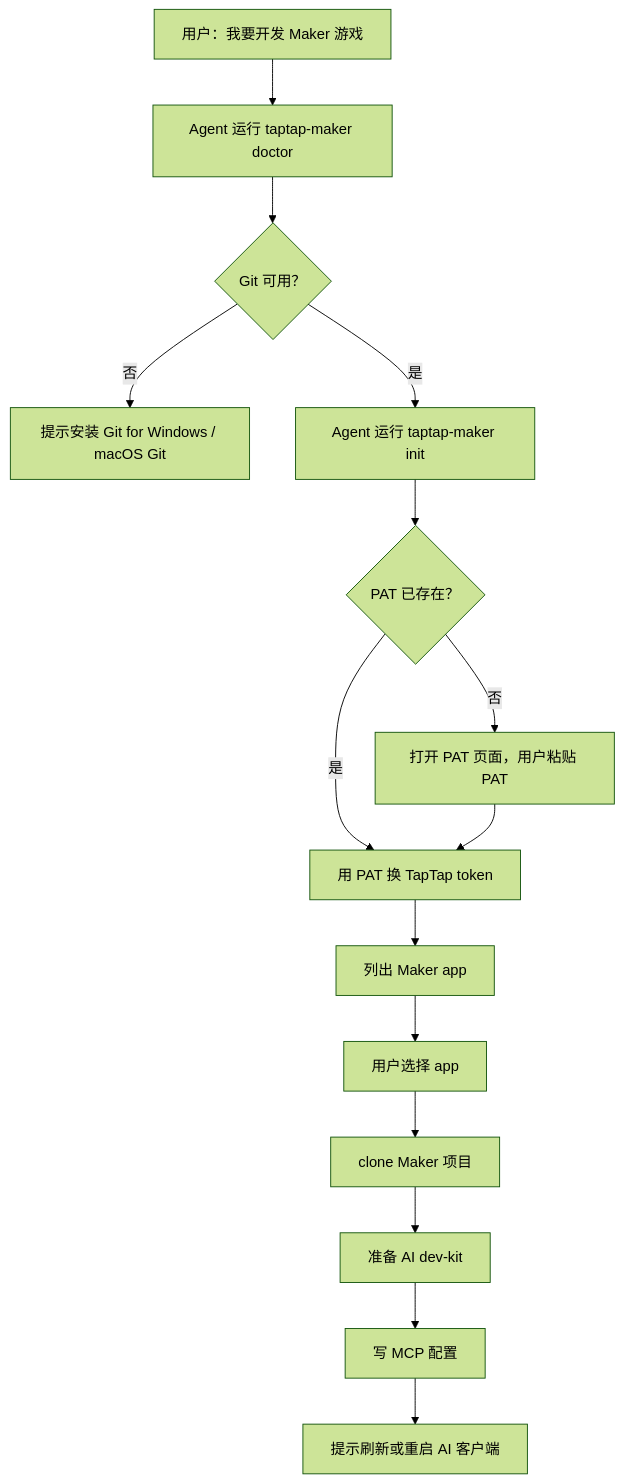
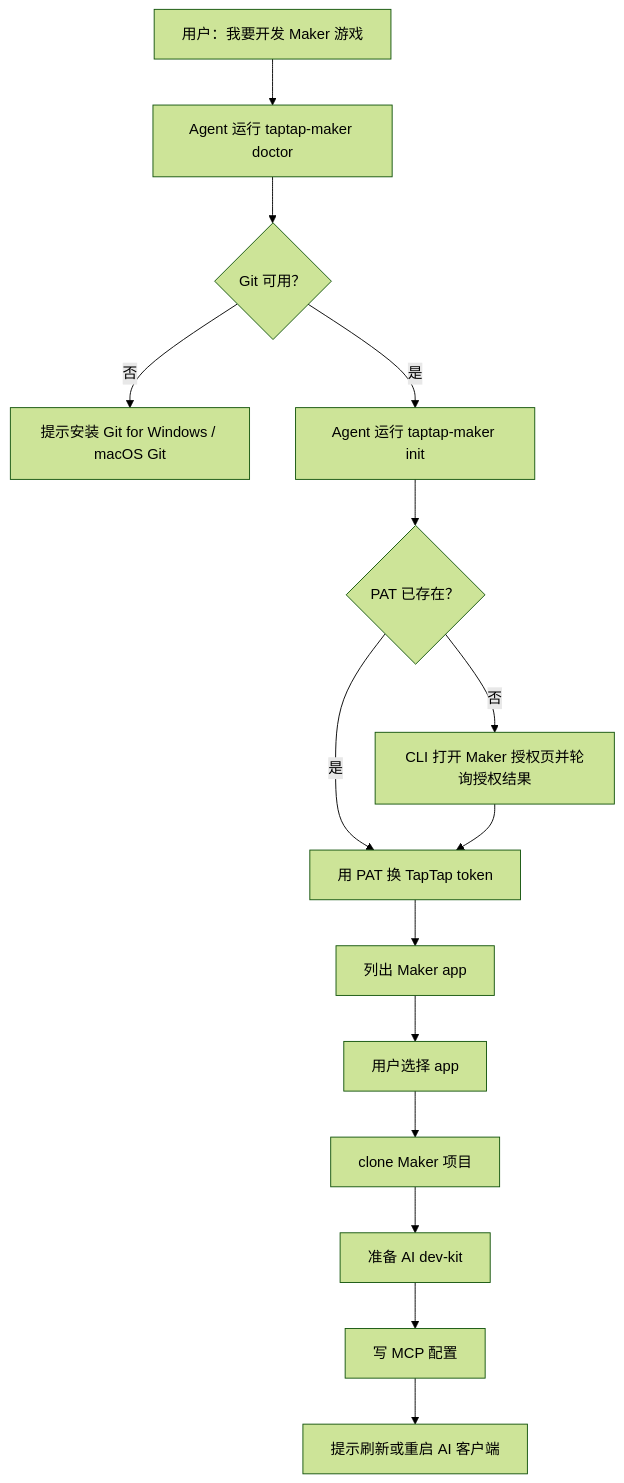
Before and after one commit to taptap/instant-games-open-mcp: the first of 2 diagrams in docs/MAKER_CLI_MCP_SKILL_REWORK_OVERVIEW.md, drawn with Mermaid (forest theme). The commit also changed other lines of this file and 24 other files, not shown here.

First line of the commit message:
feat(maker): add cli login and dev-kit update checks

````diff
--- a/docs/MAKER_CLI_MCP_SKILL_REWORK_OVERVIEW.md
+++ b/docs/MAKER_CLI_MCP_SKILL_REWORK_OVERVIEW.md
@@ -104,17 +107,17 @@
 ```mermaid
 flowchart TD
   A["用户：我要开发 Maker 游戏"] --> B["Agent 运行 taptap-maker doctor"]
   B --> C{"Git 可用？"}
   C -- "否" --> C1["提示安装 Git for Windows / macOS Git"]
   C -- "是" --> D["Agent 运行 taptap-maker init"]
   D --> E{"PAT 已存在？"}
-  E -- "否" --> E1["打开 PAT 页面，用户粘贴 PAT"]
+  E -- "否" --> E1["CLI 打开 Maker 授权页并轮询授权结果"]
   E -- "是" --> F["用 PAT 换 TapTap token"]
   E1 --> F
   F --> G["列出 Maker app"]
   G --> H["用户选择 app"]
   H --> I["clone Maker 项目"]
   I --> J["准备 AI dev-kit"]
   J --> K["写 MCP 配置"]
   K --> L["提示刷新或重启 AI 客户端"]
 ```
````
